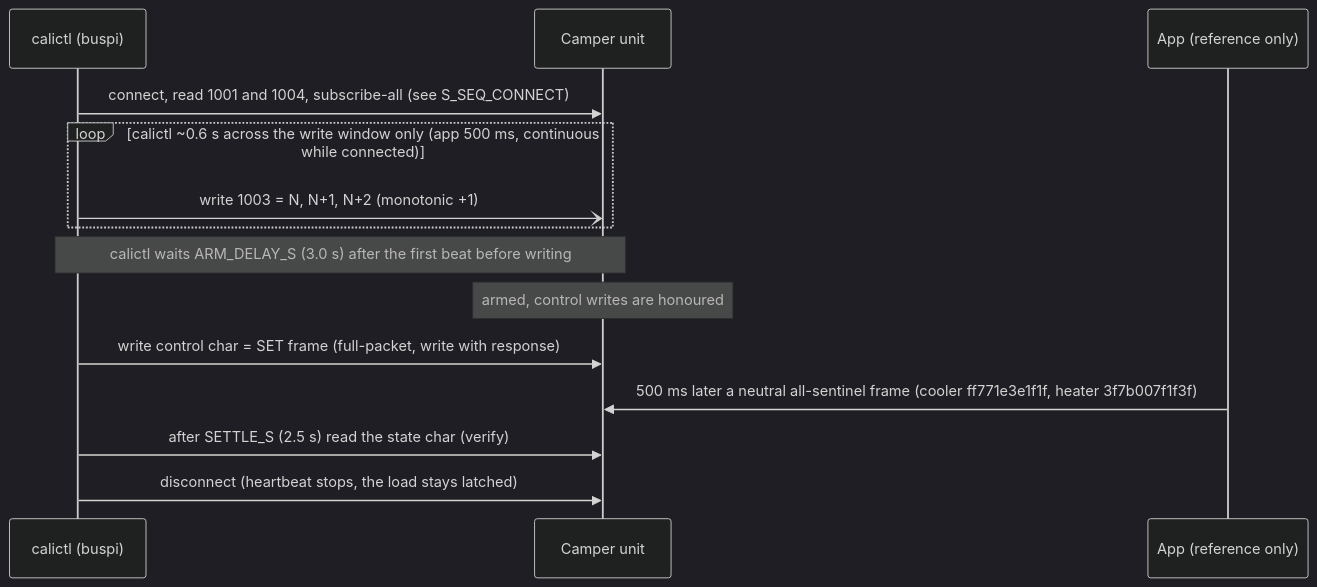
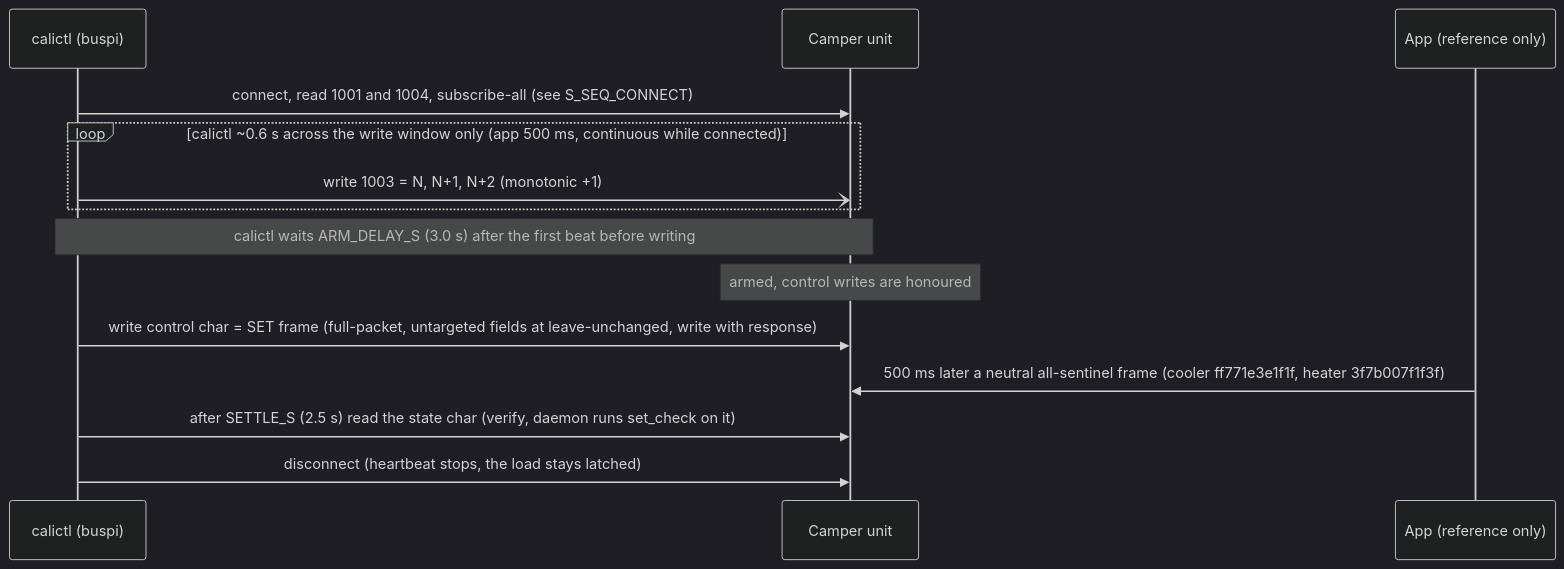
The fifth of 17 diagrams in docs/protocol-sequences.rst (ckeller42/open-california), drawn with Mermaid (dark theme) before and after one commit. The commit also changed other lines of this file and 9 other files, not shown here.

First line of the commit message:
docs: audit the protocol sequence diagrams against the code and add the missing flows

```diff
--- a/docs/protocol-sequences.rst
+++ b/docs/protocol-sequences.rst
@@ -425,16 +521,16 @@
 .. mermaid::
 
     sequenceDiagram
         participant C as calictl (buspi)
         participant U as Camper unit
         participant A as App (reference only)
         C->>U: connect, read 1001 and 1004, subscribe-all (see S_SEQ_CONNECT)
         loop calictl ~0.6 s across the write window only (app 500 ms, continuous while connected)
             C-)U: write 1003 = N, N+1, N+2 (monotonic +1)
         end
         Note over C,U: calictl waits ARM_DELAY_S (3.0 s) after the first beat before writing
         Note over U: armed, control writes are honoured
-        C->>U: write control char = SET frame (full-packet, write with response)
+        C->>U: write control char = SET frame (full-packet, untargeted fields at leave-unchanged, write with response)
         A->>U: 500 ms later a neutral all-sentinel frame (cooler ff771e3e1f1f, heater 3f7b007f1f3f)
-        C->>U: after SETTLE_S (2.5 s) read the state char (verify)
+        C->>U: after SETTLE_S (2.5 s) read the state char (verify, daemon runs set_check on it)
         C->>U: disconnect (heartbeat stops, the load stays latched)
```
